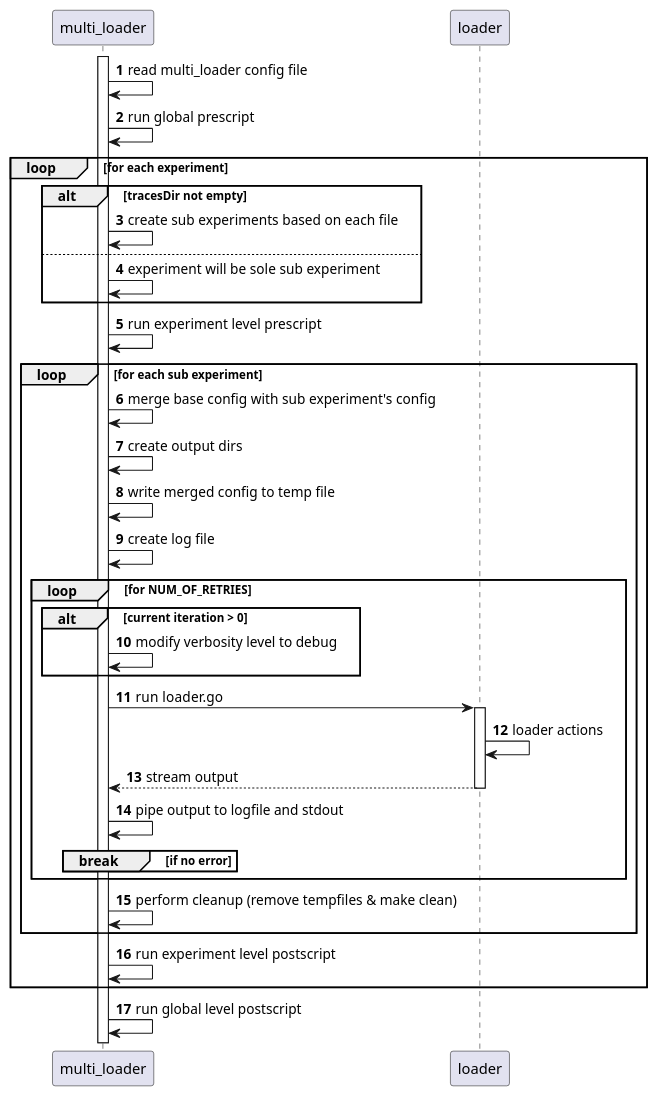
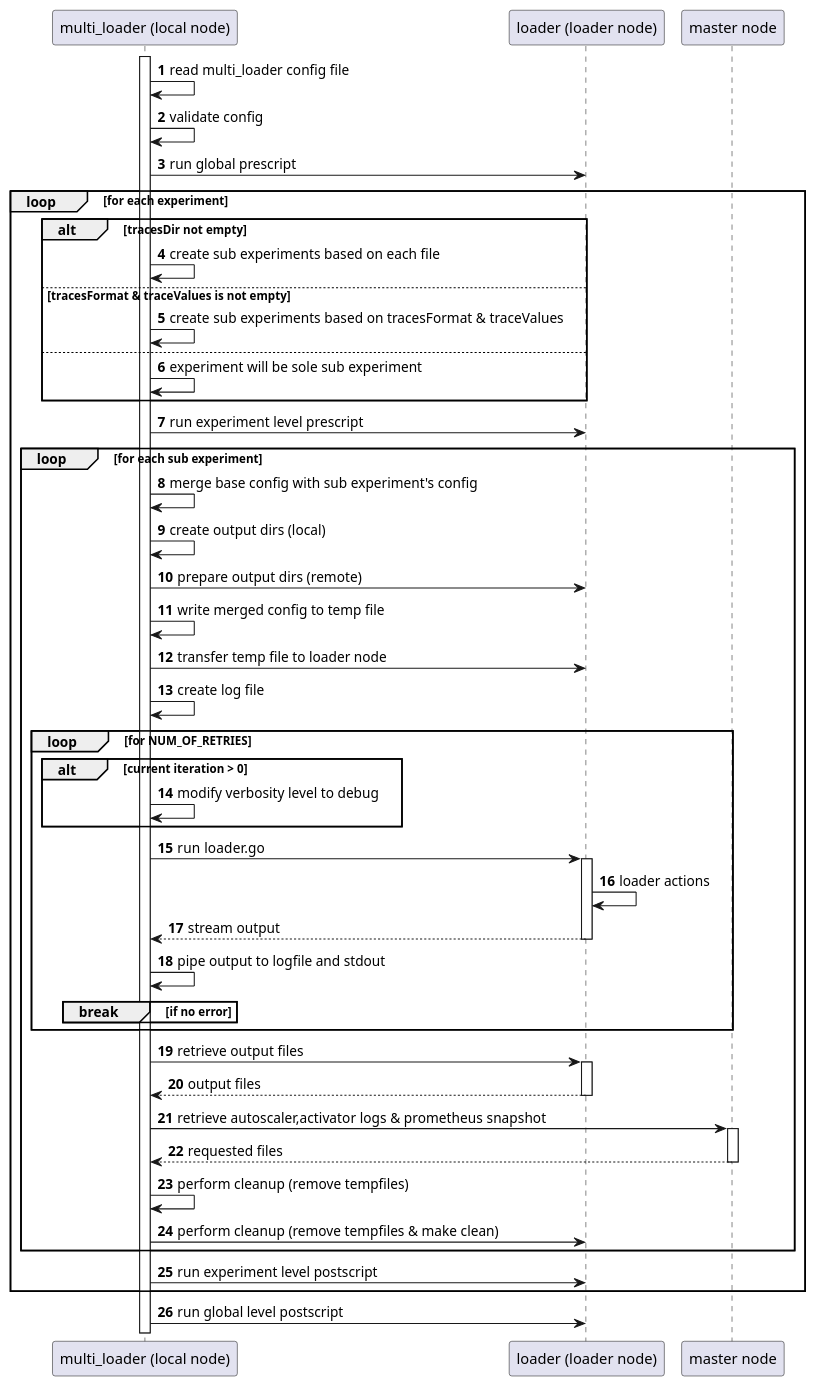
The diagram in cmd/multi_loader/multi_loader_sd.puml (nosnelmil/invitro), drawn with PlantUML before and after one commit. The commit also changed 2 other files, not shown here.

Commit message:
add remote execution functionality

```diff
--- a/cmd/multi_loader/multi_loader_sd.puml
+++ b/cmd/multi_loader/multi_loader_sd.puml
@@ -1,39 +1,51 @@
 @startuml multi_loader_sd
 
-participant multi_loader as ml
-participant loader as l
+participant "multi_loader (local node)" as ml
+participant "loader (loader node)" as l
+participant "master node" as mas
 
 autonumber
 ml++
 ml -> ml: read multi_loader config file
-ml -> ml: run global prescript
+ml -> ml: validate config
+ml -> l: run global prescript
+
 loop for each experiment
   alt tracesDir not empty
     ml->ml: create sub experiments based on each file
+  else tracesFormat & traceValues is not empty
+    ml->ml: create sub experiments based on tracesFormat & traceValues
   else
     ml->ml: experiment will be sole sub experiment
   end
-  ml->ml: run experiment level prescript
+  ml->l: run experiment level prescript
   loop for each sub experiment
     ml->ml: merge base config with sub experiment's config
-    ml->ml: create output dirs
+    ml->ml: create output dirs (local)
+    ml->l: prepare output dirs (remote)
     ml->ml: write merged config to temp file
+    ml->l: transfer temp file to loader node
     ml->ml: create log file
     loop for NUM_OF_RETRIES
       alt current iteration > 0
         ml->ml: modify verbosity level to debug
       end
       ml->l++: run loader.go
       l->l: loader actions
       return stream output
       ml->ml: pipe output to logfile and stdout     
       break if no error
       end
     end
-    ml->ml: perform cleanup (remove tempfiles & make clean)
+    ml->l++: retrieve output files
+    return output files
+    ml->mas++: retrieve autoscaler,activator logs & prometheus snapshot
+    return requested files
+    ml->ml: perform cleanup (remove tempfiles)
+    ml->l: perform cleanup (remove tempfiles & make clean)
   end
-  ml->ml: run experiment level postscript
+  ml->l: run experiment level postscript
 end
-ml->ml: run global level postscript
+ml->l: run global level postscript
 
 @enduml
```
